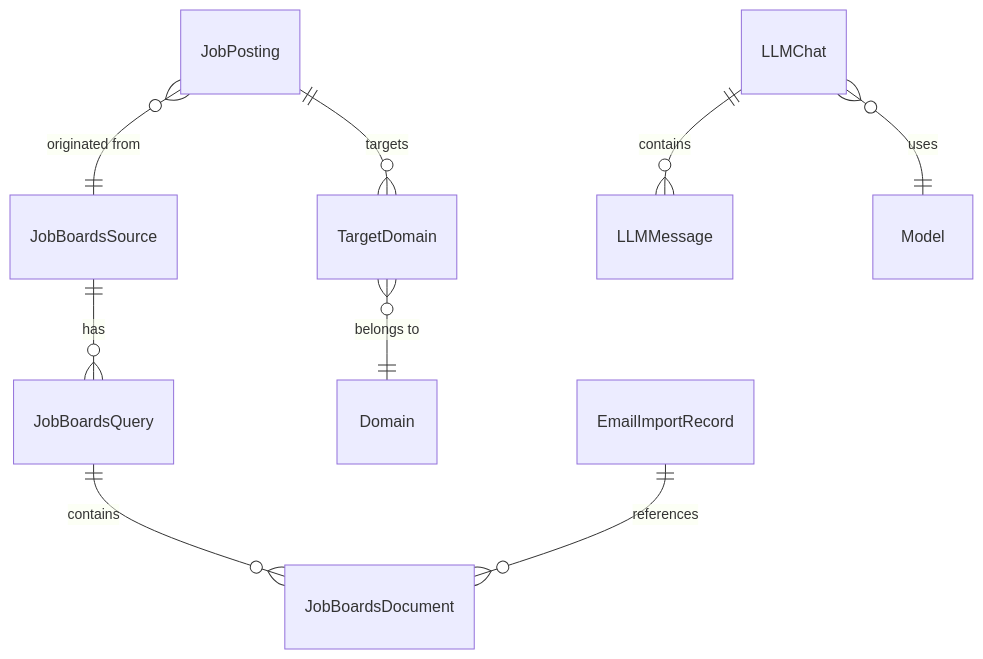
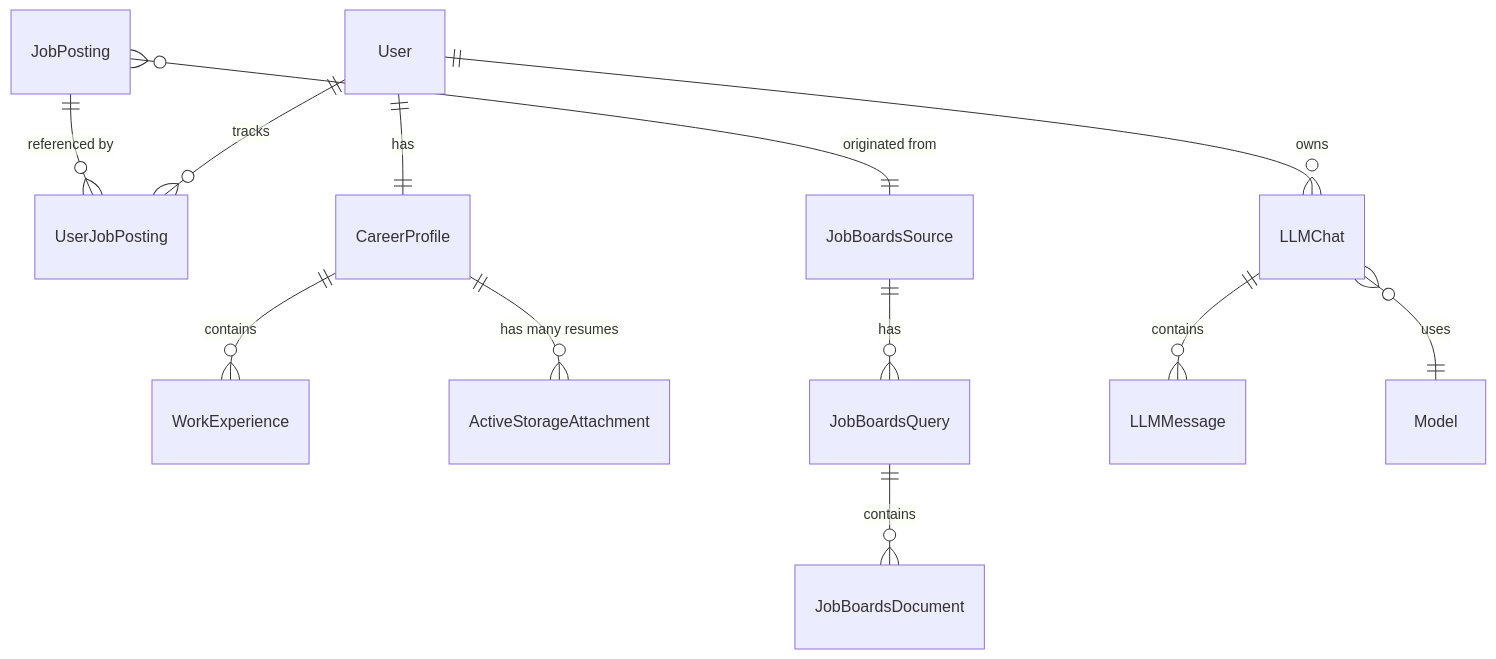
Before and after one commit to wwworkremote/core: the diagram in README.md, drawn with Mermaid. The commit also changed other lines of this file and 11 other files, not shown here.

````diff
--- a/README.md
+++ b/README.md
@@ -62,11 +63,14 @@
 ```mermaid
 erDiagram
+    User ||--o{ UserJobPosting : "tracks"
+    User ||--o{ LLMChat : "owns"
+    User ||--|| CareerProfile : "has"
+    CareerProfile ||--o{ WorkExperience : "contains"
+    CareerProfile ||--o{ ActiveStorageAttachment : "has many resumes"
     JobBoardsSource ||--o{ JobBoardsQuery : "has"
     JobBoardsQuery ||--o{ JobBoardsDocument : "contains"
     JobPosting }o--|| JobBoardsSource : "originated from"
-    JobPosting ||--o{ TargetDomain : "targets"
-    TargetDomain }o--|| Domain : "belongs to"
+    JobPosting ||--o{ UserJobPosting : "referenced by"
     LLMChat ||--o{ LLMMessage : "contains"
     LLMChat }o--|| Model : "uses"
-    EmailImportRecord ||--o{ JobBoardsDocument : "references"
 ```
````
